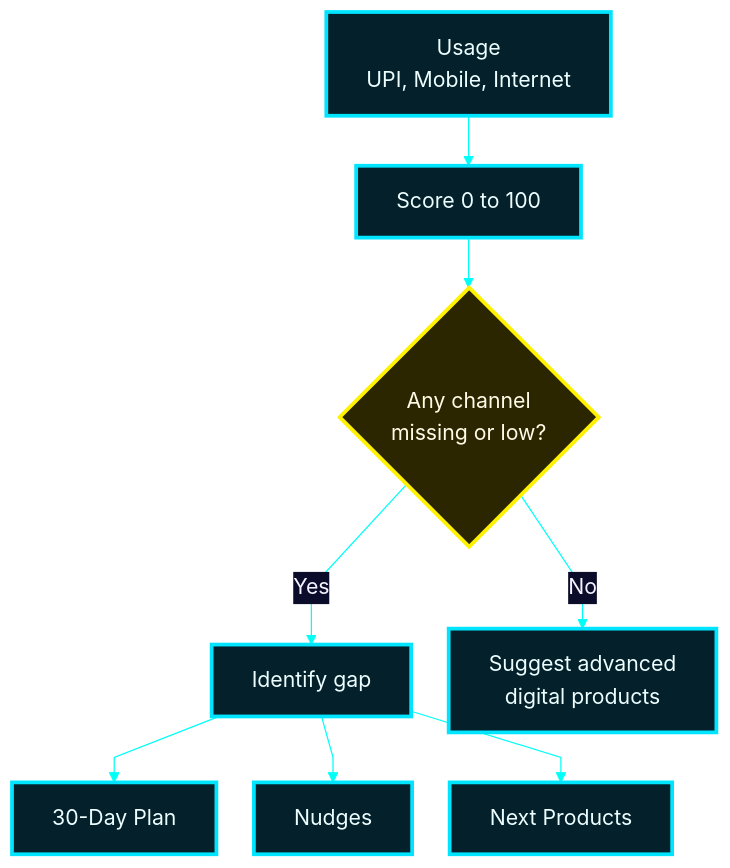
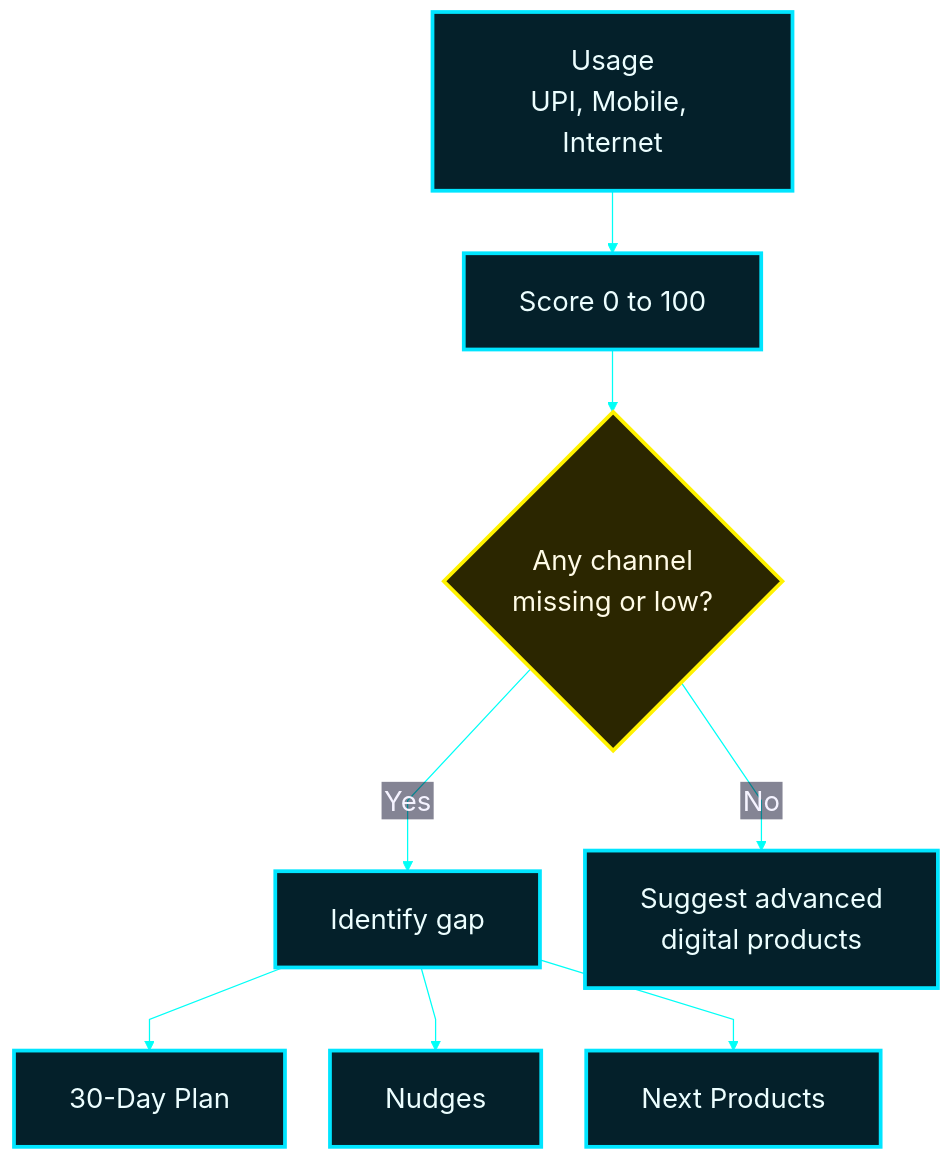
One commit to Mansi232323/MANSHORA changed diagram 12 of 17 in README.md. Above: the diagram before and after it, drawn with Mermaid. The commit also changed other lines of this file, not shown here.

````diff
--- a/README.md
+++ b/README.md
@@ -480,15 +456,15 @@
 ```mermaid
-%%{init: {'theme':'base','themeVariables':{'fontSize':'17px','fontFamily':'Arial, Helvetica, sans-serif','primaryColor':'#0b0b2a','primaryTextColor':'#f5f3ff','primaryBorderColor':'#b026ff','lineColor':'#00fff7','textColor':'#f5f3ff','edgeLabelBackground':'#0b0b2a'},'flowchart':{'htmlLabels':true,'nodeSpacing':30,'rankSpacing':40,'padding':16,'curve':'linear'}}}%%
+%%{init: {'theme':'base','themeVariables':{'fontSize':'22px','fontFamily':'Arial, Helvetica, sans-serif','primaryColor':'#0b0b2a','primaryTextColor':'#f5f3ff','primaryBorderColor':'#b026ff','lineColor':'#00fff7','textColor':'#f5f3ff','edgeLabelBackground':'#0b0b2a'},'flowchart':{'htmlLabels':false,'nodeSpacing':36,'rankSpacing':50,'padding':22,'curve':'linear'}}}%%
 flowchart TD
     U["Usage<br/>UPI, Mobile, Internet"] --> SC["Score 0 to 100"]
     SC --> D{"Any channel<br/>missing or low?"}
     D -- "Yes" --> GP["Identify gap"]
     D -- "No" --> NX["Suggest advanced<br/>digital products"]
     GP --> P["30-Day Plan"]
     GP --> N["Nudges"]
     GP --> X["Next Products"]
     classDef a fill:#04202a,stroke:#00e5ff,stroke-width:3px,color:#ecfeff
     classDef d fill:#2b2600,stroke:#fff200,stroke-width:3px,color:#fffbe6
     class U,SC,GP,NX,P,N,X a
     class D d
 ```
````
